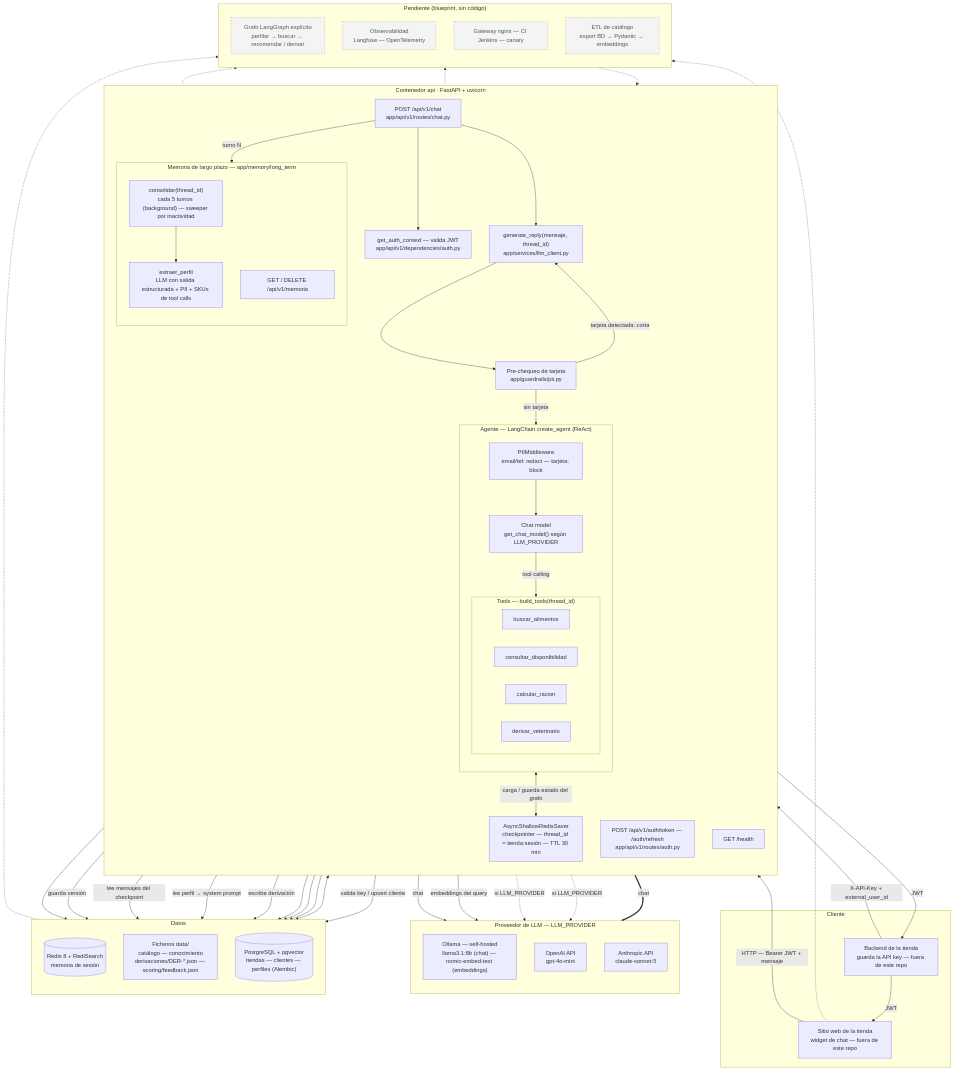
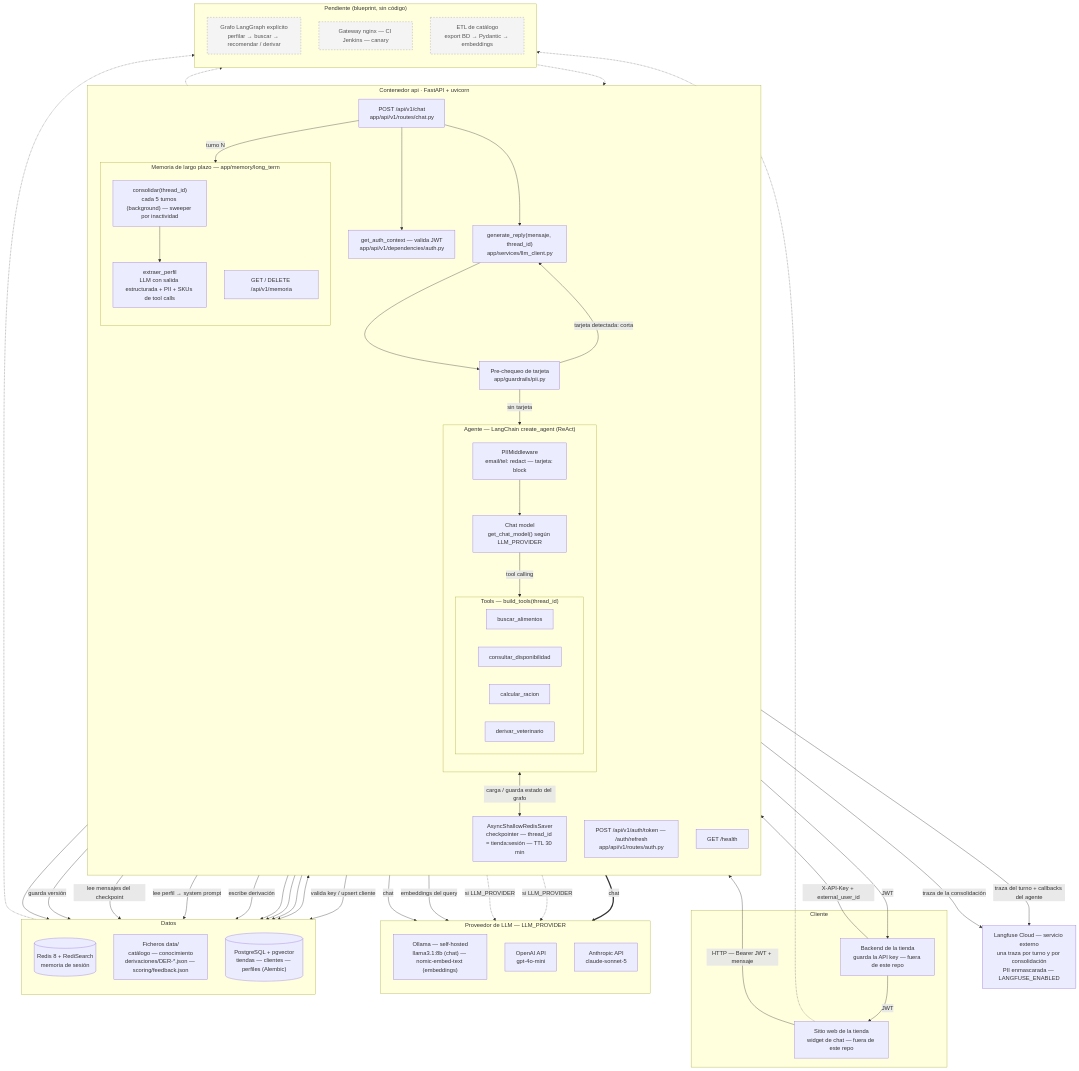
The first of 2 diagrams in docs/arquitectura.md (joseandjn/project-agent), drawn with Mermaid before and after one commit. The commit also changed 13 other files, not shown here.

Commit message:
Observabilidad con Langfuse Cloud: trazas por turno y por consolidacion de memoria

````diff
--- a/docs/arquitectura.md
+++ b/docs/arquitectura.md
@@ -64,10 +64,11 @@
         pg[("PostgreSQL + pgvector<br/>tiendas — clientes — perfiles (Alembic)")]
     end
 
+    obs["Langfuse Cloud — servicio externo<br/>una traza por turno y por consolidación<br/>PII enmascarada — LANGFUSE_ENABLED"]
+
     subgraph pend["Pendiente (blueprint, sin código)"]
         direction TB
         lg["Grafo LangGraph explícito<br/>perfilar → buscar → recomendar / derivar"]
-        obs["Observabilidad<br/>Langfuse — OpenTelemetry"]
         gw["Gateway nginx — CI Jenkins — canary"]
         etl["ETL de catálogo<br/>export BD → Pydantic → embeddings"]
     end
@@ -99,7 +100,8 @@
     t3 --> fs
     t4 -->|"escribe derivación"| fs
 
-    gen -.-> obs
+    route -->|"traza del turno + callbacks del agente"| obs
+    cons -->|"traza de la consolidación"| obs
     agente -.-> lg
     fs -.-> etl
     route -->|"lee perfil → system prompt"| pg
@@ -111,5 +113,5 @@
     memr --> pg
 
     classDef pendiente fill:#f4f4f4,stroke:#999,stroke-dasharray:4,color:#555;
-    class lg,obs,gw,etl pendiente;
+    class lg,gw,etl pendiente;
 ```
````
